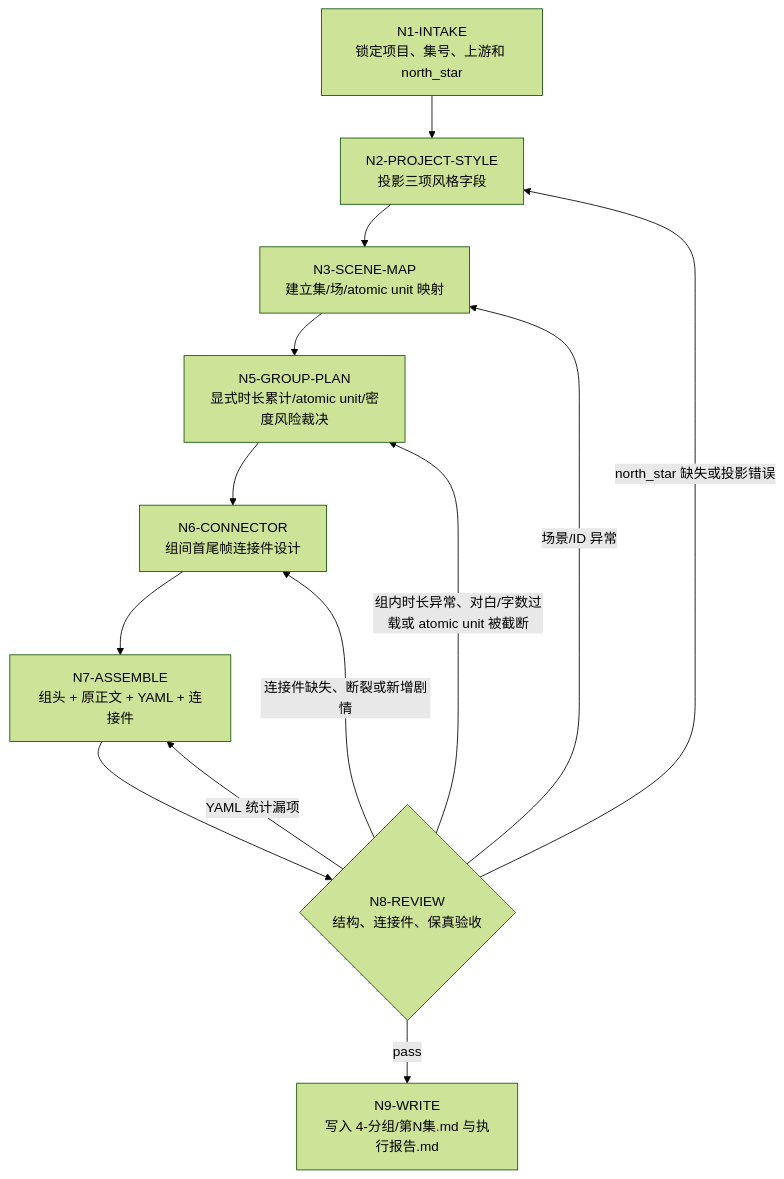
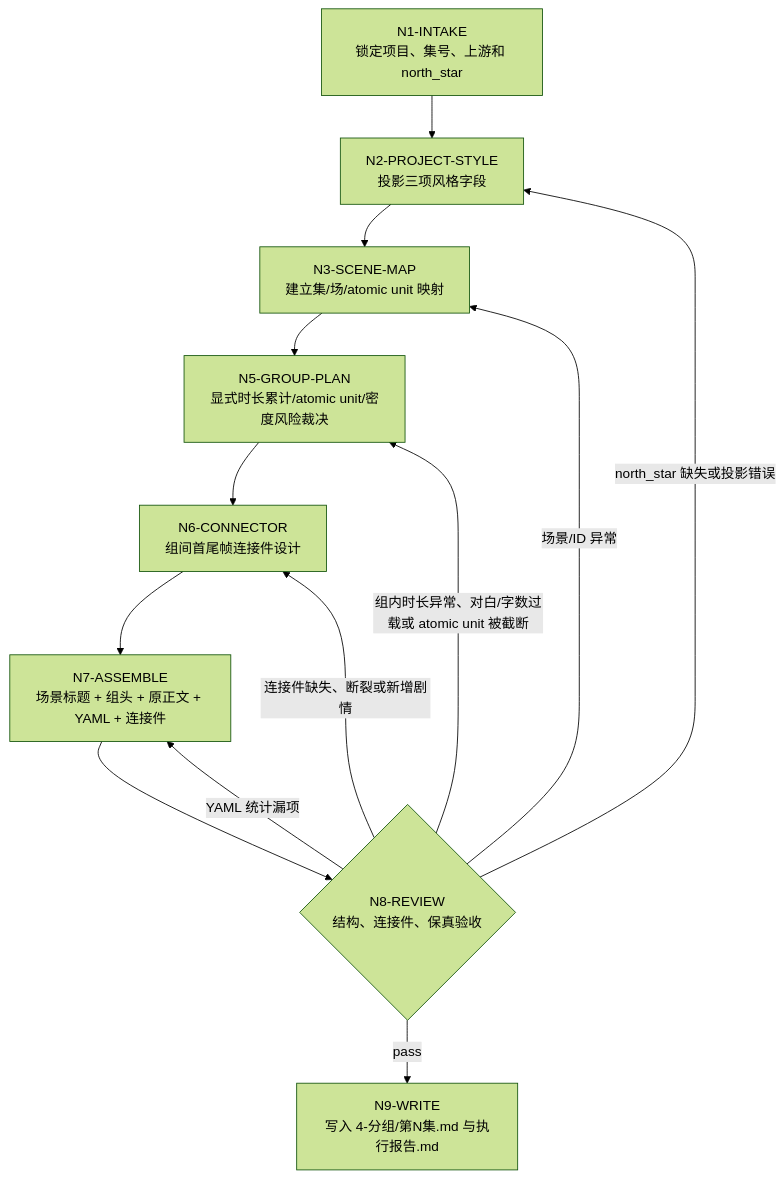
Before and after one commit to ZEN-VOID/AI-CUT: the first of 3 diagrams in .agents/skills/aigc/4-分组/steps/grouping-workflow.md, drawn with Mermaid (forest theme). The commit also changed other lines of this file and 44 other files, not shown here.

````diff
--- a/.agents/skills/aigc/4-分组/steps/grouping-workflow.md
+++ b/.agents/skills/aigc/4-分组/steps/grouping-workflow.md
@@ -19,15 +19,15 @@
 ```mermaid
 flowchart TD
     N1["N1-INTAKE<br/>锁定项目、集号、上游和 north_star"] --> N2["N2-PROJECT-STYLE<br/>投影三项风格字段"]
     N2 --> N3["N3-SCENE-MAP<br/>建立集/场/atomic unit 映射"]
     N3 --> N5["N5-GROUP-PLAN<br/>显式时长累计/atomic unit/密度风险裁决"]
     N5 --> N6["N6-CONNECTOR<br/>组间首尾帧连接件设计"]
-    N6 --> N7["N7-ASSEMBLE<br/>组头 + 原正文 + YAML + 连接件"]
+    N6 --> N7["N7-ASSEMBLE<br/>场景标题 + 组头 + 原正文 + YAML + 连接件"]
     N7 --> N8{"N8-REVIEW<br/>结构、连接件、保真验收"}
     N8 -->|"pass"| N9["N9-WRITE<br/>写入 4-分组/第N集.md 与执行报告.md"]
     N8 -->|"north_star 缺失或投影错误"| N2
     N8 -->|"场景/ID 异常"| N3
     N8 -->|"组内时长异常、对白/字数过载或 atomic unit 被截断"| N5
     N8 -->|"连接件缺失、断裂或新增剧情"| N6
     N8 -->|"YAML 统计漏项"| N7
 ```
````
